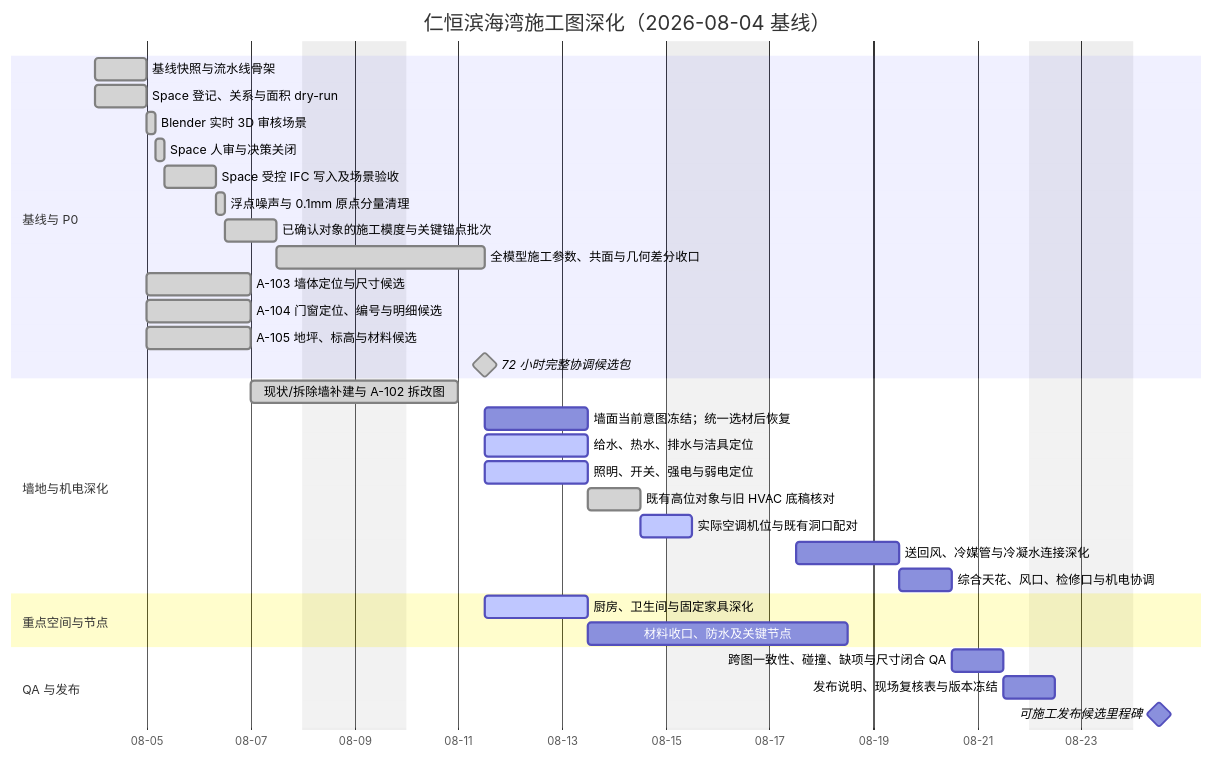
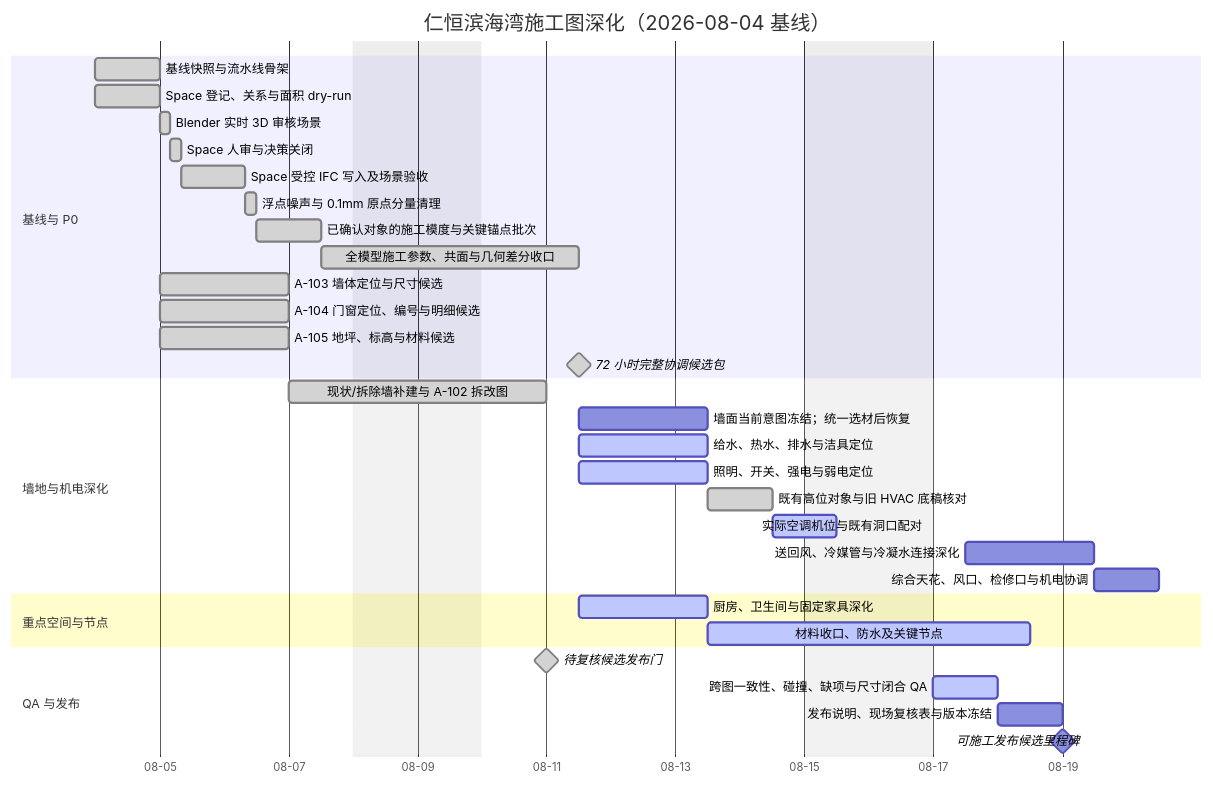
Before and after one commit to Weihan96/2504-GBTB-Yanlord-Zhuhai: the diagram in drawings/滨海湾装修施工图深化工作管理.md, drawn with Mermaid. The commit also changed other lines of this file and 39 other files, not shown here.

````diff
--- a/drawings/滨海湾装修施工图深化工作管理.md
+++ b/drawings/滨海湾装修施工图深化工作管理.md
@@ -75,40 +77,41 @@
 ```mermaid
 gantt
     title 仁恒滨海湾施工图深化（2026-08-04 基线）
     dateFormat  YYYY-MM-DD
     axisFormat  %m-%d
     excludes    weekends
 
     section 基线与 P0
     基线快照与流水线骨架                 :done, M000, 2026-08-04, 1d
     Space 登记、关系与面积 dry-run       :done, S001, 2026-08-04, 1d
     Blender 实时 3D 审核场景              :done, S002A, after S001, 4h
     Space 人审与决策关闭                 :done, S002, after S002A, 4h
     Space 受控 IFC 写入及场景验收         :done, S003, after S002, 1d
     浮点噪声与 0.1mm 原点分量清理          :done, C001, after S003, 4h
     已确认对象的施工模度与关键锚点批次       :done, C002, after C001, 1d
     全模型施工参数、共面与几何差分收口       :done, C003, after C002, 2d
     A-103 墙体定位与尺寸候选              :done, A103, after S001, 2d
     A-104 门窗定位、编号与明细候选         :done, A104, after S001, 2d
     A-105 地坪、标高与材料候选             :done, A105, after S001, 2d
     72 小时完整协调候选包                 :milestone, done, M072, after C003 A103 A104 A105, 0d
 
     section 墙地与机电深化
     现状/拆除墙补建与 A-102 拆改图         :done, A102, after A103, 2d
     墙面当前意图冻结；统一选材后恢复         :WFIN, after M072, 2d
     给水、热水、排水与洁具定位             :active, PLUM, after M072, 2d
     照明、开关、强电与弱电定位             :active, ELEC, after M072, 2d
     既有高位对象与旧 HVAC 底稿核对          :done, RCP1A, after ELEC, 1d
     实际空调机位与既有洞口配对              :active, RCP1B, after RCP1A, 1d
     送回风、冷媒管与冷凝水连接深化           :RCP1C, after RCP1B, 2d
     综合天花、风口、检修口与机电协调        :RCP1, after RCP1C, 1d
 
     section 重点空间与节点
     厨房、卫生间与固定家具深化             :active, INT1, after M072, 2d
-    材料收口、防水及关键节点               :DET1, after INT1, 3d
+    材料收口、防水及关键节点               :active, DET1, after INT1, 3d
 
     section QA 与发布
-    跨图一致性、碰撞、缺项与尺寸闭合 QA     :QA01, after RCP1 DET1 WFIN PLUM, 1d
-    发布说明、现场复核表与版本冻结           :REL1, after QA01, 1d
-    可施工发布候选里程碑                   :milestone, MREL, after REL1, 0d
+    待复核候选发布门                       :milestone, done, MREV, 2026-08-11, 0d
+    跨图一致性、碰撞、缺项与尺寸闭合 QA     :active, QA01, 2026-08-17, 1d
+    发布说明、现场复核表与版本冻结           :REL1, 2026-08-18, 1d
+    可施工发布候选里程碑                   :milestone, MREL, 2026-08-19, 0d
 ```
````
